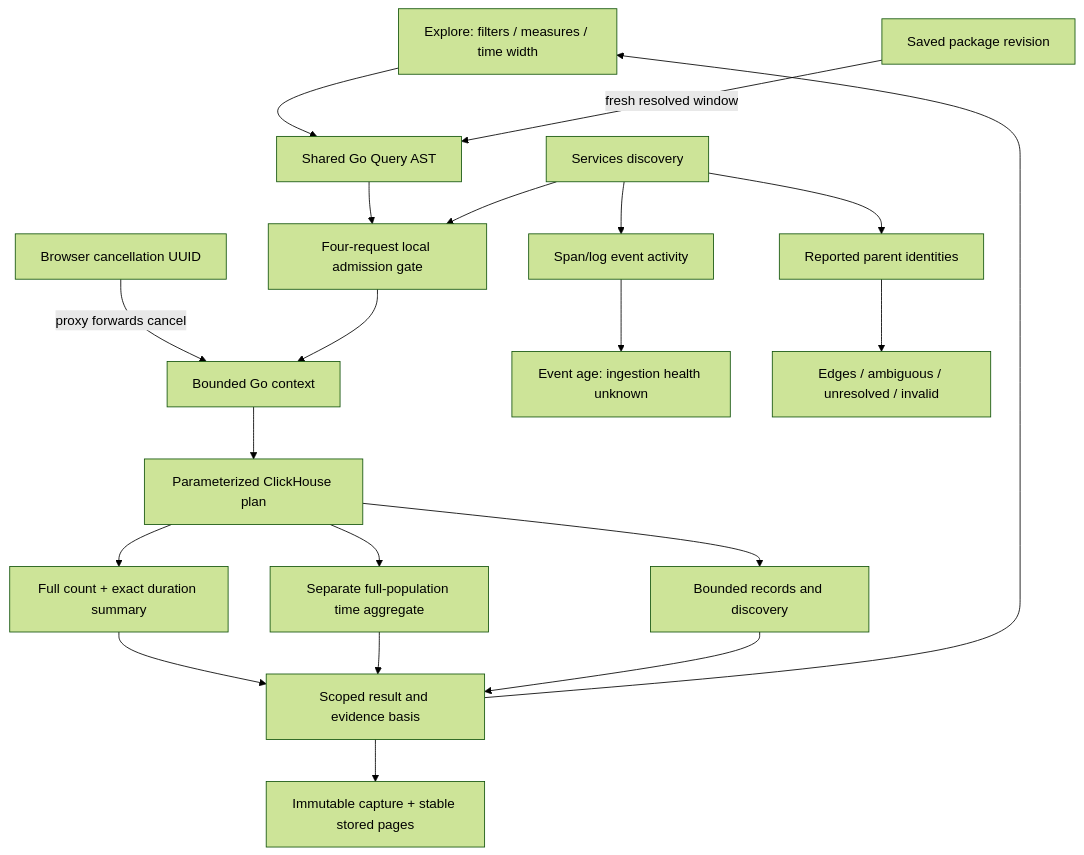
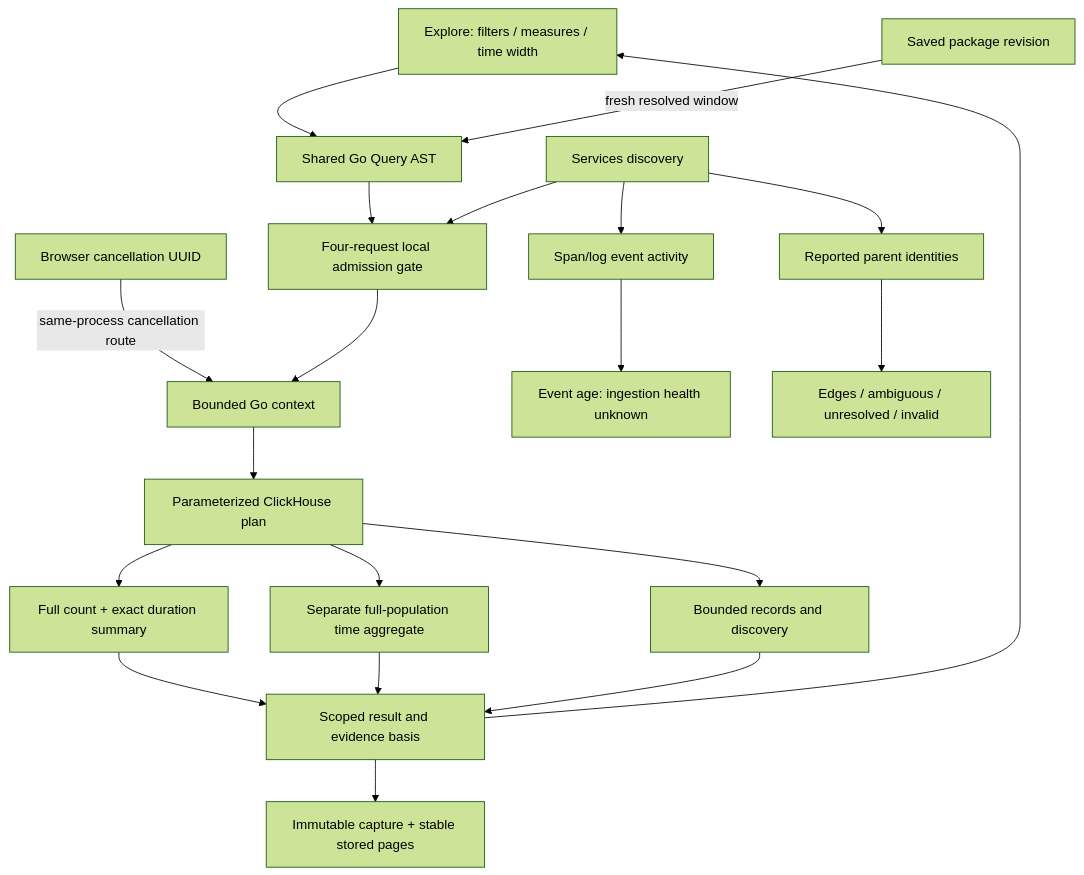
Before and after one commit to casselc/goo: diagram 20 of 44 in docs/ARCHITECTURE_DIAGRAMS.md, drawn with Mermaid (forest theme). The commit also changed other lines of this file and 74 other files, not shown here.

````diff
--- a/docs/ARCHITECTURE_DIAGRAMS.md
+++ b/docs/ARCHITECTURE_DIAGRAMS.md
@@ -648,22 +645,22 @@
 ```mermaid
 flowchart TD
   UI[Explore: filters / measures / time width] --> AST[Shared Go Query AST]
   PKG[Saved package revision] -->|fresh resolved window| AST
   AST --> GATE[Four-request local admission gate]
-  CANCEL[Browser cancellation UUID] -->|proxy forwards cancel| CTX[Bounded Go context]
+  CANCEL[Browser cancellation UUID] -->|same-process cancellation route| CTX[Bounded Go context]
   GATE --> CTX
   CTX --> PLAN[Parameterized ClickHouse plan]
   PLAN --> TOTAL[Full count + exact duration summary]
   PLAN --> TIME[Separate full-population time aggregate]
   PLAN --> ROWS[Bounded records and discovery]
   TOTAL --> RESULT[Scoped result and evidence basis]
   TIME --> RESULT
   ROWS --> RESULT
   RESULT --> SAVED[Immutable capture + stable stored pages]
   RESULT --> UI
   SERVICES[Services discovery] --> GATE
   SERVICES --> SIGNAL[Span/log event activity]
   SERVICES --> LINKS[Reported parent identities]
   SIGNAL --> UNKNOWN[Event age: ingestion health unknown]
   LINKS --> DIAGNOSTICS[Edges / ambiguous / unresolved / invalid]
 ```
````
